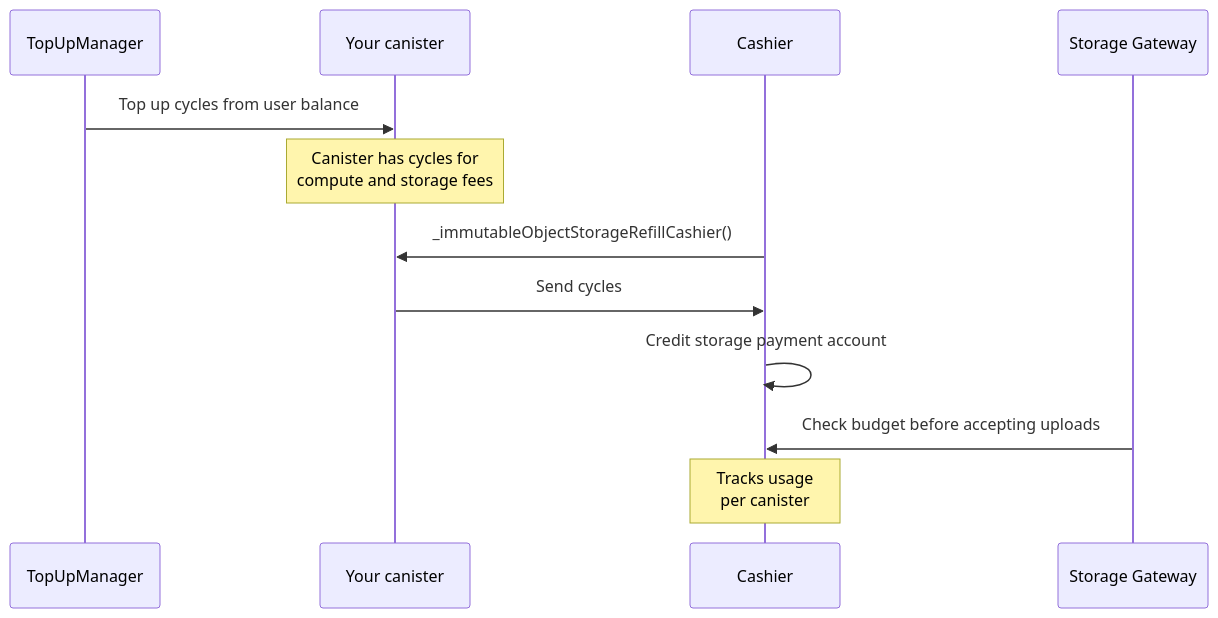
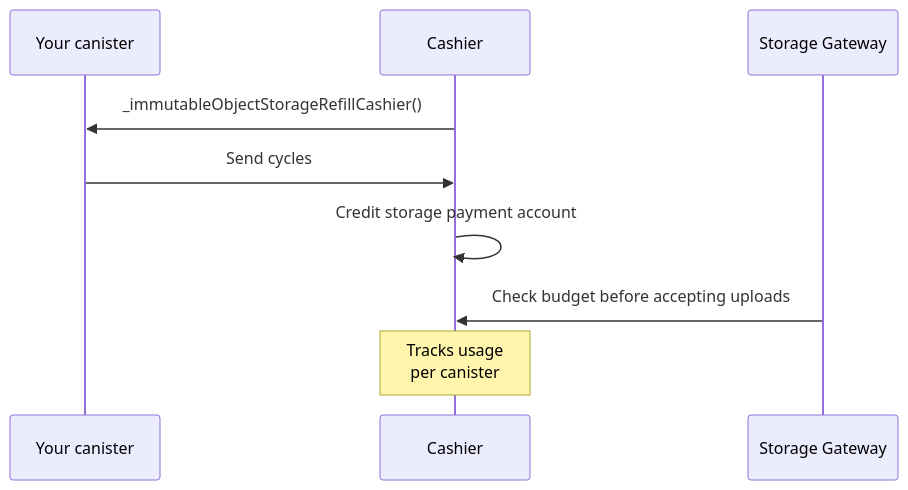
The third of 3 diagrams in apps/docs/src/en/how-it-works/payment.md (rabbithole-app/v2), drawn with Mermaid before and after one commit. The commit also changed other lines of this file and 46 other files, not shown here.

````diff
--- a/apps/docs/src/en/how-it-works/payment.md
+++ b/apps/docs/src/en/how-it-works/payment.md
@@ -142,15 +245,12 @@
 ```mermaid
 sequenceDiagram
-    participant TM as TopUpManager
     participant UC as Your canister
     participant CA as Cashier
     participant GW as Storage Gateway
 
-    TM->>UC: Top up cycles from user balance
-    Note over UC: Canister has cycles for<br/>compute and storage fees
     CA->>UC: _immutableObjectStorageRefillCashier()
     UC->>CA: Send cycles
     CA->>CA: Credit storage payment account
     GW->>CA: Check budget before accepting uploads
     Note over CA: Tracks usage<br/>per canister
 ```
````
